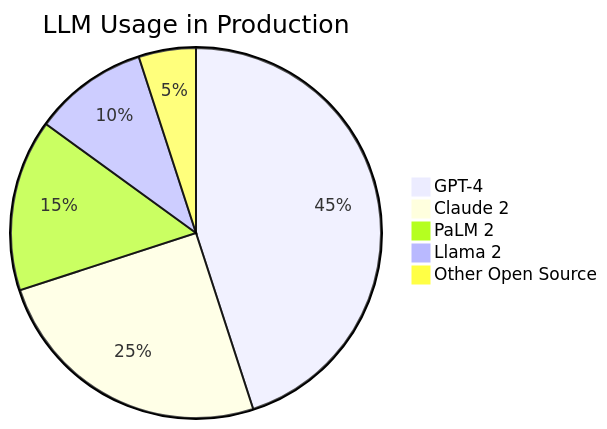
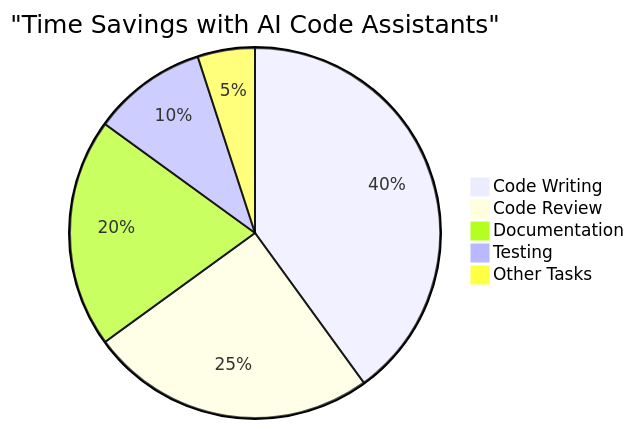
One commit to vgiri2015/ai-agentic-rag-job-market-analysis changed the second of 5 diagrams in data/final_report.md. Above: the diagram before and after it, drawn with Mermaid. The commit also changed other lines of this file and 1 other file, not shown here.

First line of the commit message:
feat: Added AI code assistance and business domain adoption analysis with visualizations

````diff
--- a/data/final_report.md
+++ b/data/final_report.md
@@ -187,9 +60,8 @@
 ```mermaid
-pie
-    title LLM Usage in Production
-    "GPT-4" : 45
-    "Claude 2" : 25
-    "PaLM 2" : 15
-    "Llama 2" : 10
-    "Other Open Source" : 5
+pie title "Time Savings with AI Code Assistants"
+    "Code Writing" : 40
+    "Code Review" : 25
+    "Documentation" : 20
+    "Testing" : 10
+    "Other Tasks" : 5
 ```
````
